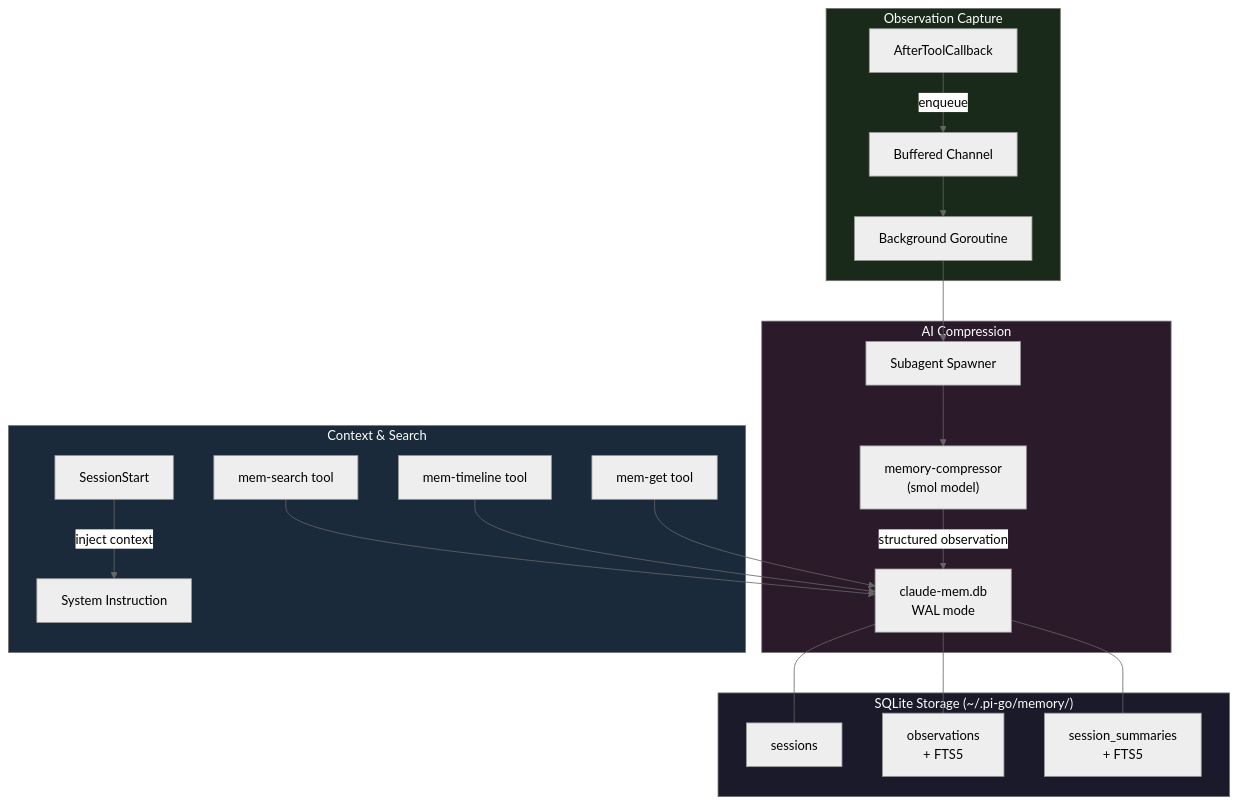
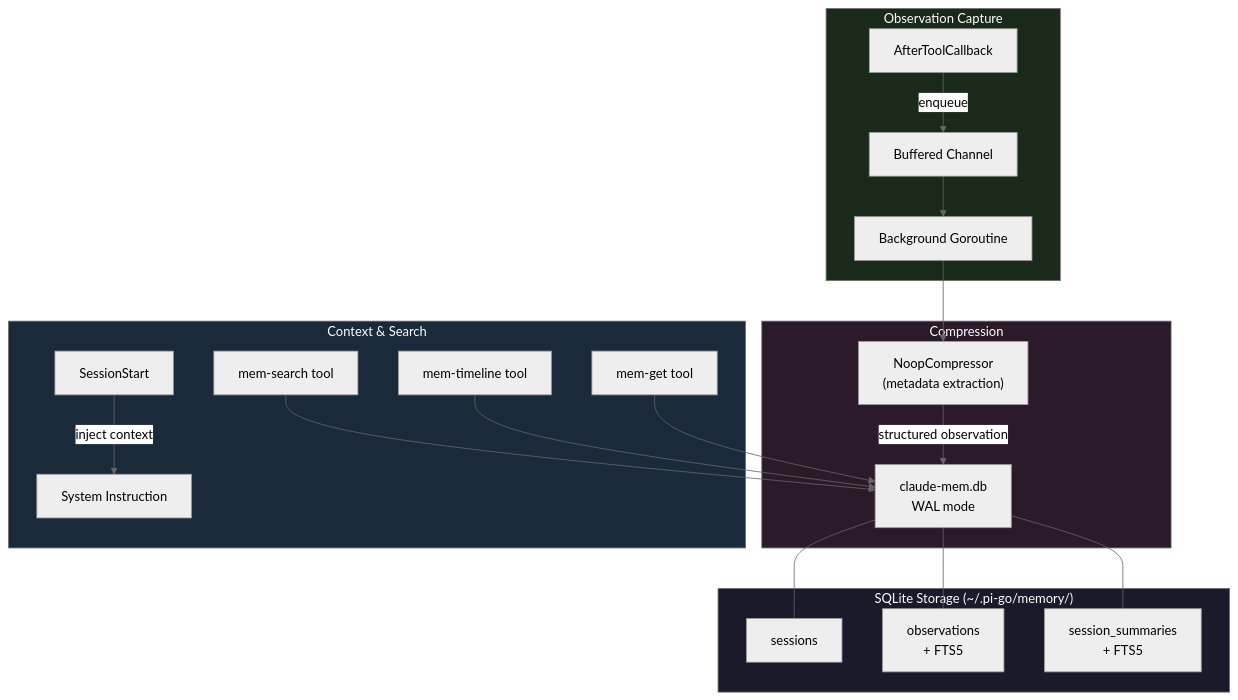
Diagram 15 of 15 in ARCHITECTURE.md (Pizzaface/pi-go), drawn with Mermaid (neutral theme) before and after one commit. The commit also changed other lines of this file and 53 other files, not shown here.

````diff
--- a/ARCHITECTURE.md
+++ b/ARCHITECTURE.md
@@ -650,32 +605,31 @@
 ```mermaid
 graph TD
     subgraph Capture["Observation Capture"]
         after_cb["AfterToolCallback"] -->|"enqueue"| queue["Buffered Channel"]
         queue --> bg["Background Goroutine"]
     end
 
-    subgraph Compress["AI Compression"]
-        bg --> spawner["Subagent Spawner"]
-        spawner --> compressor["memory-compressor<br/>(smol model)"]
+    subgraph Compress["Compression"]
+        bg --> compressor["NoopCompressor<br/>(metadata extraction)"]
         compressor -->|"structured observation"| db
     end
 
     subgraph Store["SQLite Storage (~/.pi-go/memory/)"]
         db["claude-mem.db<br/>WAL mode"]
         db --- sessions_t["sessions"]
         db --- obs_t["observations<br/>+ FTS5"]
         db --- sum_t["session_summaries<br/>+ FTS5"]
     end
 
     subgraph Retrieve["Context & Search"]
         start["SessionStart"] -->|"inject context"| instruction["System Instruction"]
         search_tool["mem-search tool"] --> db
         timeline_tool["mem-timeline tool"] --> db
         get_obs_tool["mem-get tool"] --> db
     end
 
     style Capture fill:#1a2a1a,color:#fff
     style Compress fill:#2a1a2a,color:#fff
     style Store fill:#1a1a2a,color:#fff
     style Retrieve fill:#1a2a3a,color:#fff
 ```
````
